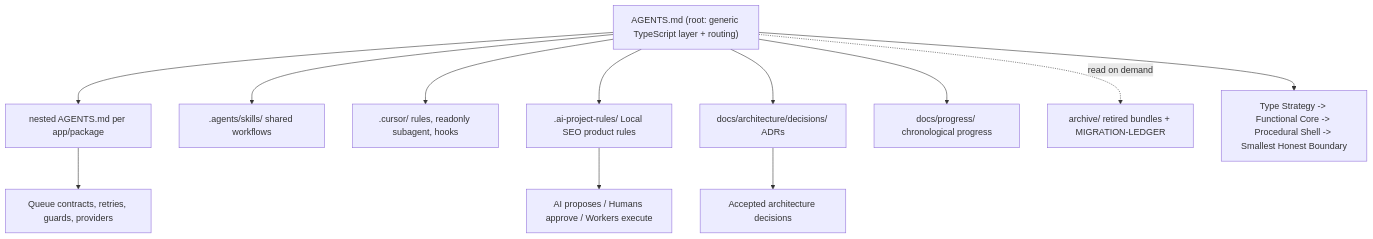
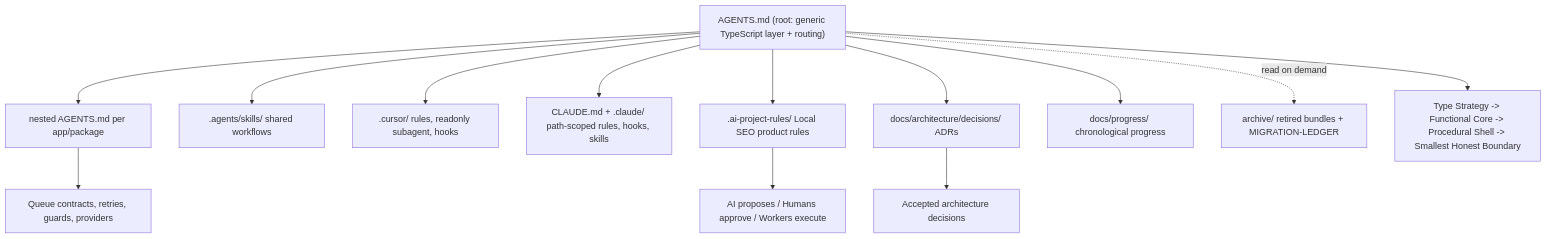
One commit to mayett515/Seo_automatisation changed the fifth of 6 diagrams in README.md. Above: the diagram before and after it, drawn with Mermaid. The commit also changed other lines of this file and 3 other files, not shown here.

````diff
--- a/README.md
+++ b/README.md
@@ -315,15 +315,16 @@
 ```mermaid
 flowchart TD
   AGENTS["AGENTS.md (root: generic TypeScript layer + routing)"] --> Nested["nested AGENTS.md per app/package"]
   AGENTS --> Skills[".agents/skills/ shared workflows"]
   AGENTS --> CursorL[".cursor/ rules, readonly subagent, hooks"]
+  AGENTS --> ClaudeL["CLAUDE.md + .claude/ path-scoped rules, hooks, skills"]
   AGENTS --> Product[".ai-project-rules/ Local SEO product rules"]
   AGENTS --> ADR["docs/architecture/decisions/ ADRs"]
   AGENTS --> Progress["docs/progress/ chronological progress"]
   AGENTS -. read on demand .-> Archive["archive/ retired bundles + MIGRATION-LEDGER"]
 
   AGENTS --> Boundary["Type Strategy -> Functional Core -> Procedural Shell -> Smallest Honest Boundary"]
   Product --> Control["AI proposes / Humans approve / Workers execute"]
   Nested --> Jobs["Queue contracts, retries, guards, providers"]
   ADR --> Decisions["Accepted architecture decisions"]
 ```
````
